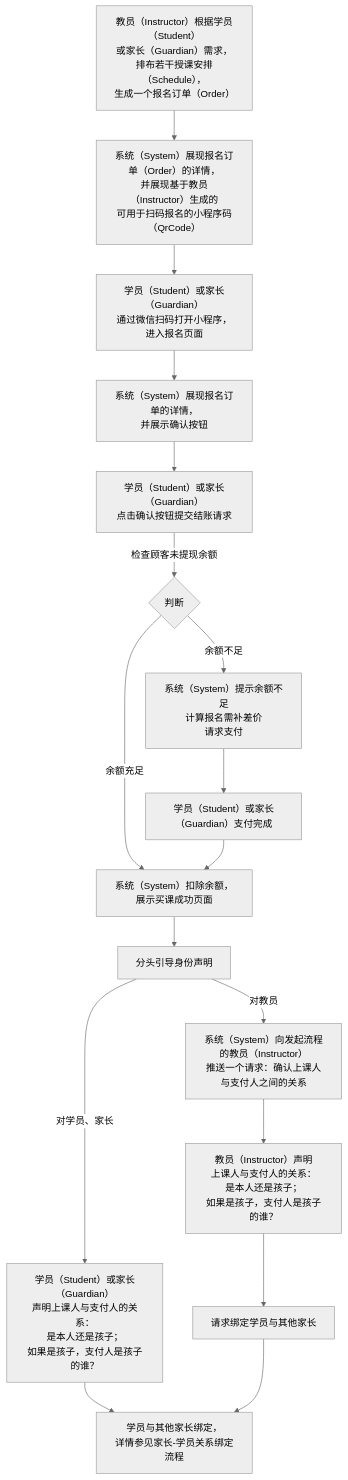
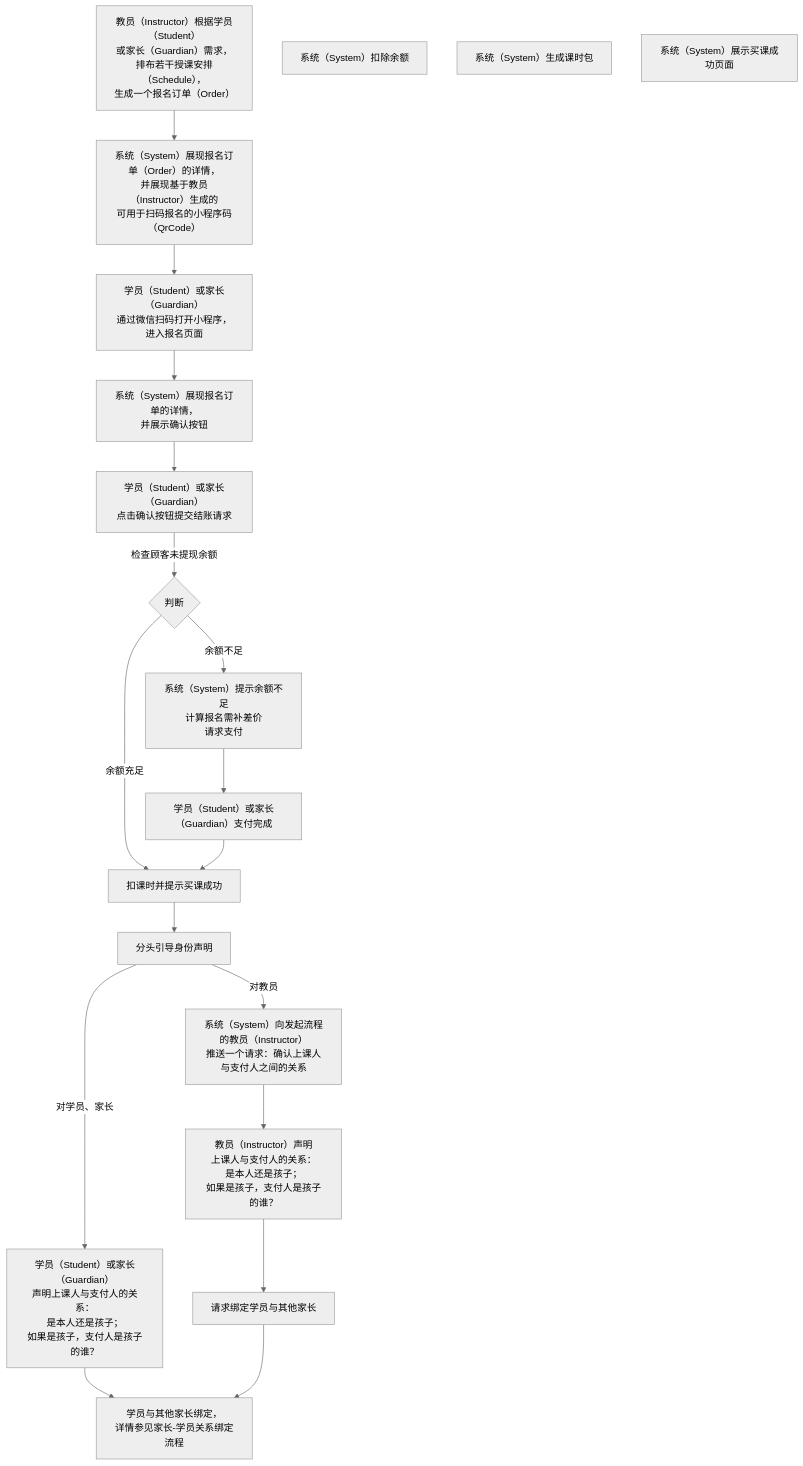
Before and after one commit to world-wide-web/sign: the diagram in 用例/报名.md, drawn with Mermaid (neutral theme). The commit also changed other lines of this file, not shown here.

````diff
--- a/用例/报名.md
+++ b/用例/报名.md
@@ -7,48 +7,52 @@
 ```mermaid
 graph TD
 
 生成报名订单-->生成报名码
 生成报名码-->扫码报名
 扫码报名-->展现报名订单
 展现报名订单-->确认并提交结账请求
 确认并提交结账请求--检查顾客未提现余额-->检查顾客未提现余额
 检查顾客未提现余额--余额充足-->扣课时并提示买课成功
 检查顾客未提现余额--余额不足-->请求支付
 请求支付-->支付完成
 支付完成-->扣课时并提示买课成功
 扣课时并提示买课成功-->分头引导身份声明
 分头引导身份声明--"对教员"-->请求身份声明
 分头引导身份声明--"对学员、家长"-->支付人身份声明
 请求身份声明-->教员代理身份声明
 教员代理身份声明-->请求绑定学员与其他家长
 支付人身份声明-->学员与其他家长绑定
 请求绑定学员与其他家长-->学员与其他家长绑定
 
 生成报名订单["<center>教员（Instructor）根据学员（Student）<br>或家长（Guardian）需求，<br>排布若干授课安排（Schedule），<br>生成一个报名订单（Order）</center>"]
 
 生成报名码["<center>系统（System）展现报名订单（Order）的详情，<br>并展现基于教员（Instructor）生成的<br>可用于扫码报名的小程序码（QrCode）</center>"]
 
 扫码报名["<center>学员（Student）或家长（Guardian）<br>通过微信扫码打开小程序，进入报名页面</center>"]
 
 展现报名订单["<center>系统（System）展现报名订单的详情，<br>并展示确认按钮</center>"]
 
 确认并提交结账请求["<center>学员（Student）或家长（Guardian）<br>点击确认按钮提交结账请求</center>"]
 
 检查顾客未提现余额{判断}
 
 请求支付["<center>系统（System）提示余额不足<br>计算报名需补差价<br>请求支付</center>"]
 
 支付完成["<center>学员（Student）或家长（Guardian）支付完成</center>"]
 
-扣课时并提示买课成功["<center>系统（System）扣除余额，展示买课成功页面</center>"]
+扣除余额["<center>系统（System）扣除余额</center>"]
+
+生成课时包["<center>系统（System）生成课时包</center>"]
+
+提示买课成功["<center>系统（System）展示买课成功页面</center>"]
 
 请求身份声明["<center>系统（System）向发起流程的教员（Instructor）<br>推送一个请求：确认上课人与支付人之间的关系</center>"]
 
 支付人身份声明["<center>学员（Student）或家长（Guardian）<br>声明上课人与支付人的关系：<br>是本人还是孩子；<br>如果是孩子，支付人是孩子的谁？</center>"]
 
 教员代理身份声明["<center>教员（Instructor）声明<br>上课人与支付人的关系：<br>是本人还是孩子；<br>如果是孩子，支付人是孩子的谁？</center>"]
 
 请求绑定学员与其他家长
 
 学员与其他家长绑定["<center>学员与其他家长绑定，<br>详情参见家长-学员关系绑定流程</center>"]
 ```
````
